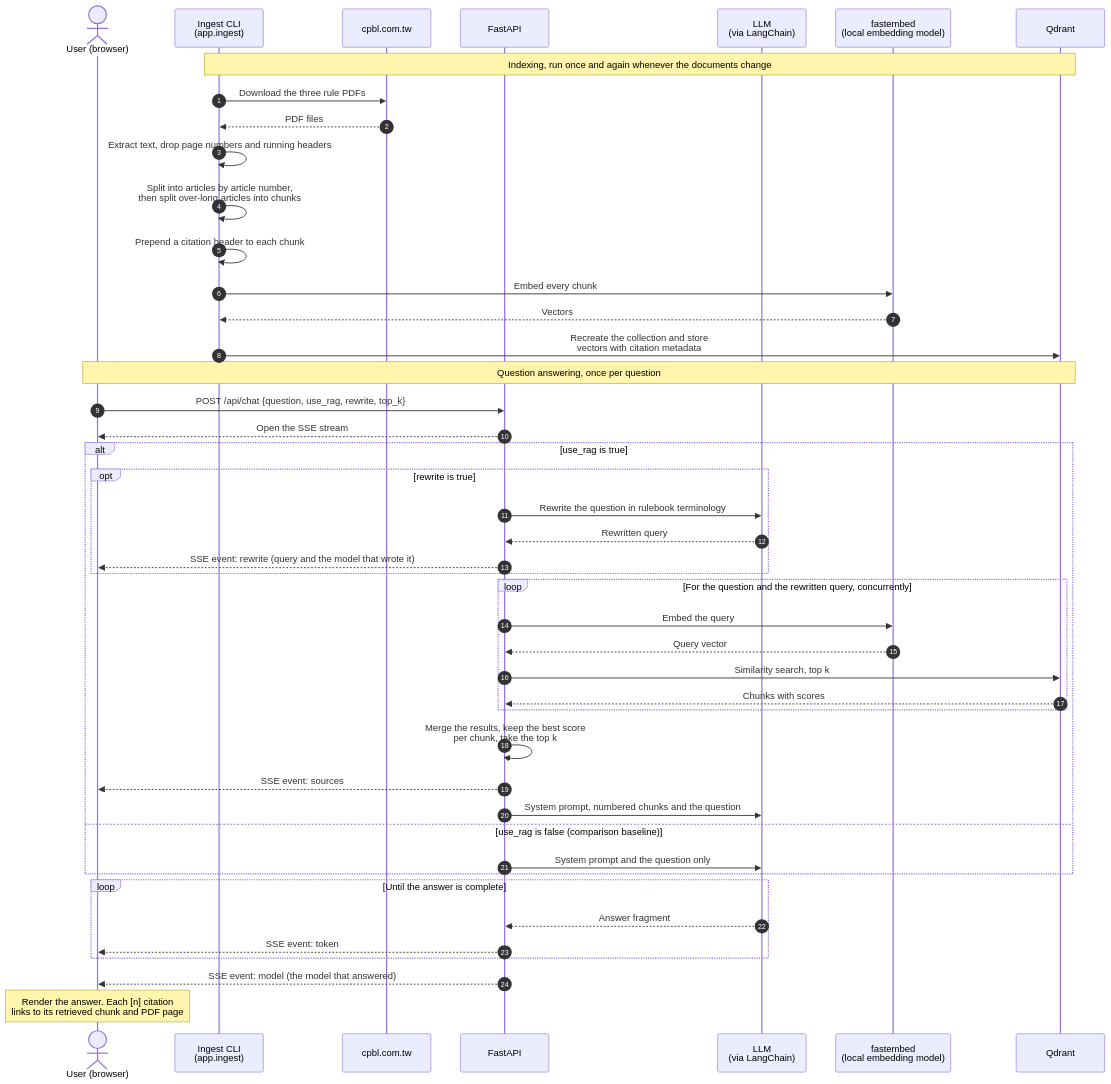
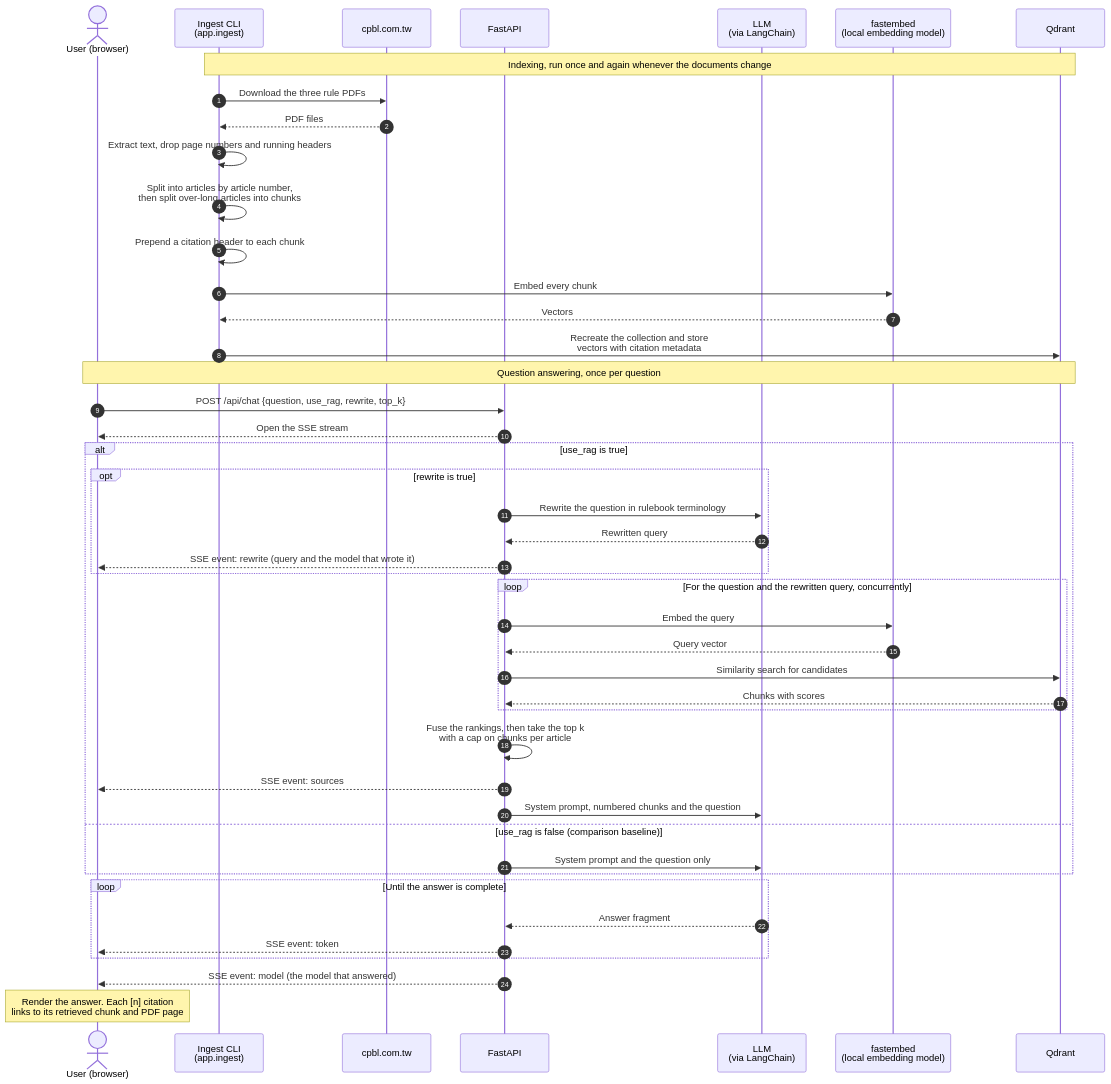
One commit to as10896/cpbl-rules-rag-demo changed the diagram in docs/rag-sequence.mmd. Above: the diagram before and after it, drawn with Mermaid. The commit also changed 2 other files, not shown here.

Commit message:
fix: fuse retrieval by rank and cap chunks per article
Retrieval merged the hits of the original question and its rewrite by
similarity score and took the top k. Two problems followed:

- A long article split into many similar chunks could fill every slot.
  For a home plate collision question all six results came from rule
  6.01, so the league's own supplement on the subject was never seen.
- Scores from different queries are not comparable, so a rewrite that
  went astray could push out the original question's best hits.

Combine the two rankings by reciprocal rank fusion, then keep at most
three chunks per article. A cap of two was tried and dropped the chunk
holding the pitch timer figures.

This narrows the problem rather than removing it: retrieval still
depends on the wording of the rewrite, and the collision item was found
for 5 of 8 rewrites collected for that question.

```diff
--- a/docs/rag-sequence.mmd
+++ b/docs/rag-sequence.mmd
@@ -1,54 +1,54 @@
 sequenceDiagram
     autonumber
     actor User as User (browser)
     participant CLI as Ingest CLI<br/>(app.ingest)
     participant Site as cpbl.com.tw
     participant API as FastAPI
     participant LLM as LLM<br/>(via LangChain)
     participant Embed as fastembed<br/>(local embedding model)
     participant Qdrant
 
     Note over CLI,Qdrant: Indexing, run once and again whenever the documents change
 
     CLI->>Site: Download the three rule PDFs
     Site-->>CLI: PDF files
     CLI->>CLI: Extract text, drop page numbers and running headers
     CLI->>CLI: Split into articles by article number,<br/>then split over-long articles into chunks
     CLI->>CLI: Prepend a citation header to each chunk
     CLI->>Embed: Embed every chunk
     Embed-->>CLI: Vectors
     CLI->>Qdrant: Recreate the collection and store<br/>vectors with citation metadata
 
     Note over User,Qdrant: Question answering, once per question
 
     User->>API: POST /api/chat {question, use_rag, rewrite, top_k}
     API-->>User: Open the SSE stream
 
     alt use_rag is true
         opt rewrite is true
             API->>LLM: Rewrite the question in rulebook terminology
             LLM-->>API: Rewritten query
             API-->>User: SSE event: rewrite (query and the model that wrote it)
         end
 
         loop For the question and the rewritten query, concurrently
             API->>Embed: Embed the query
             Embed-->>API: Query vector
-            API->>Qdrant: Similarity search, top k
+            API->>Qdrant: Similarity search for candidates
             Qdrant-->>API: Chunks with scores
         end
 
-        API->>API: Merge the results, keep the best score<br/>per chunk, take the top k
+        API->>API: Fuse the rankings, then take the top k<br/>with a cap on chunks per article
         API-->>User: SSE event: sources
         API->>LLM: System prompt, numbered chunks and the question
     else use_rag is false (comparison baseline)
         API->>LLM: System prompt and the question only
     end
 
     loop Until the answer is complete
         LLM-->>API: Answer fragment
         API-->>User: SSE event: token
     end
     API-->>User: SSE event: model (the model that answered)
 
     Note over User: Render the answer. Each [n] citation<br/>links to its retrieved chunk and PDF page
```
